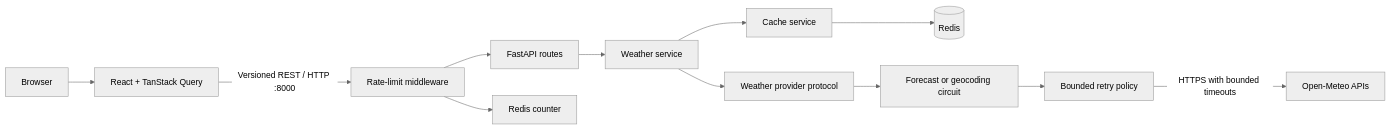
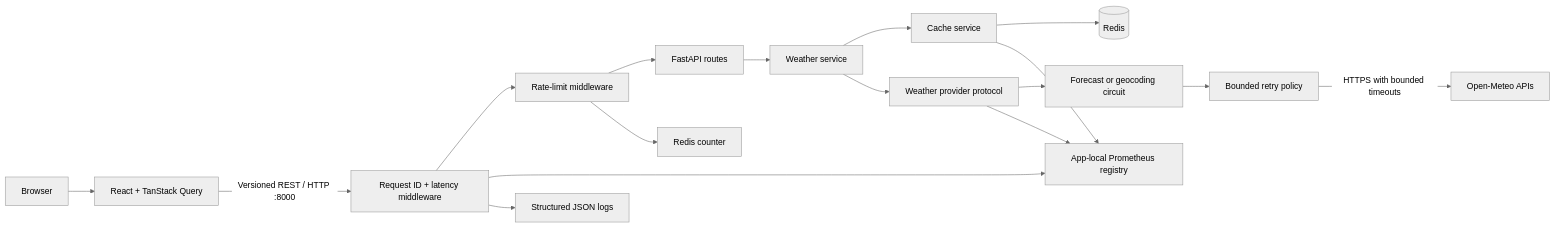
Before and after one commit to Singatha/weather-lab: the diagram in docs/architecture.md, drawn with Mermaid (neutral theme). The commit also changed other lines of this file and 35 other files, not shown here.

Commit message:
feat(observability): add Phase 6 testing, metrics, and structured logging

````diff
--- a/docs/architecture.md
+++ b/docs/architecture.md
@@ -5,14 +5,19 @@
 ```mermaid
 flowchart LR
     Browser[Browser] --> Web[React + TanStack Query]
-    Web -->|Versioned REST / HTTP :8000| Limit[Rate-limit middleware]
+    Web -->|Versioned REST / HTTP :8000| Observe[Request ID + latency middleware]
+    Observe --> Limit[Rate-limit middleware]
     Limit --> Routes[FastAPI routes]
     Routes --> Service[Weather service]
     Service --> Cache[Cache service]
     Cache --> Redis[(Redis)]
     Service --> Provider[Weather provider protocol]
     Provider --> Circuit[Forecast or geocoding circuit]
     Circuit --> Retry[Bounded retry policy]
     Retry -->|HTTPS with bounded timeouts| OpenMeteo[Open-Meteo APIs]
     Limit --> RateRedis[Redis counter]
+    Observe --> Metrics[App-local Prometheus registry]
+    Cache --> Metrics
+    Provider --> Metrics
+    Observe --> Logs[Structured JSON logs]
 ```
````
